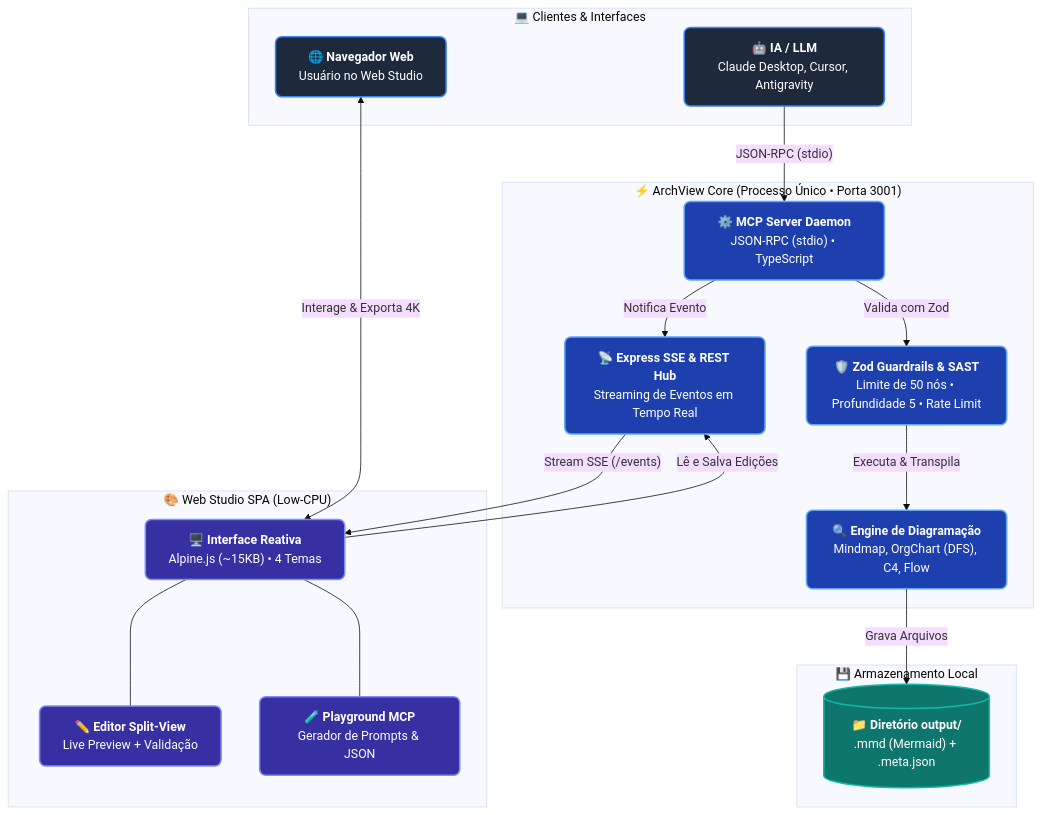
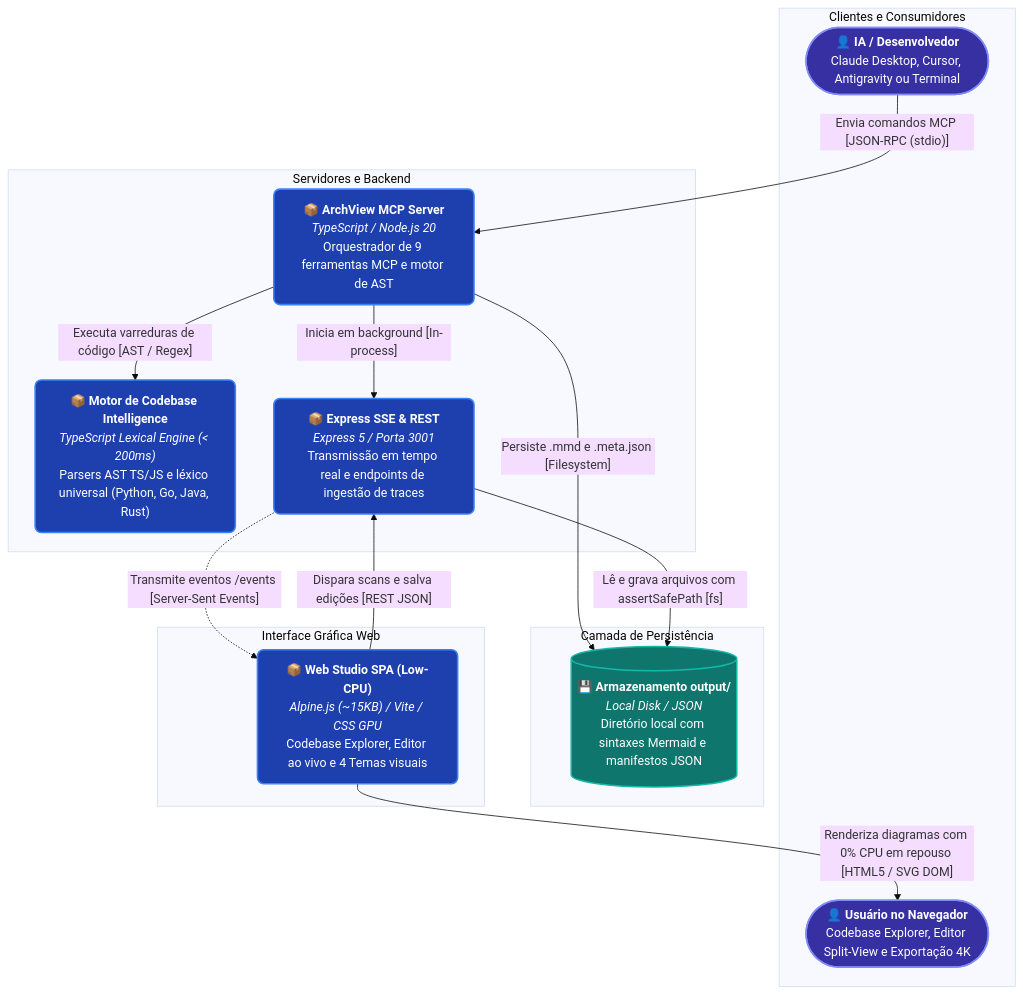
One commit to 70gurupia/archview changed the first of 4 diagrams in docs/ARCHITECTURE.md. Above: the diagram before and after it, drawn with Mermaid (base theme). The commit also changed other lines of this file and 13 other files, not shown here.

Commit message:
docs(production): regenerate self-docs with v3.0 codebase intelligence and sanitize DOM sinks

````diff
--- a/docs/ARCHITECTURE.md
+++ b/docs/ARCHITECTURE.md
@@ -11,45 +11,44 @@
 ```mermaid
 flowchart TD
-  subgraph Clients[" 💻 Clientes & Interfaces "]
-    ai["🤖 <b>IA / LLM</b><br/>Claude Desktop, Cursor, Antigravity"]
-    browser["🌐 <b>Navegador Web</b><br/>Usuário no Web Studio"]
+  subgraph sg_1[" Clientes e Consumidores "]
+    ai_client(["<b>👤 IA / Desenvolvedor</b><br/>Claude Desktop, Cursor, Antigravity ou Terminal"])
+    browser_user(["<b>👤 Usuário no Navegador</b><br/>Codebase Explorer, Editor Split-View e Exportação 4K"])
   end
 
-  subgraph Core[" ⚡ ArchView Core (Processo Único • Porta 3001) "]
-    mcp["⚙️ <b>MCP Server Daemon</b><br/>JSON-RPC (stdio) • TypeScript"]
-    sse["📡 <b>Express SSE & REST Hub</b><br/>Streaming de Eventos em Tempo Real"]
-    engine["🔍 <b>Engine de Diagramação</b><br/>Mindmap, OrgChart (DFS), C4, Flow"]
-    guard["🛡️ <b>Zod Guardrails & SAST</b><br/>Limite de 50 nós • Profundidade 5 • Rate Limit"]
+  subgraph sg_2[" Servidores e Backend "]
+    mcp_server["<b>📦 ArchView MCP Server</b><br/><i>TypeScript / Node.js 20</i><br/>Orquestrador de 9 ferramentas MCP e motor de AST"]
+    engine_v3["<b>📦 Motor de Codebase Intelligence</b><br/><i>TypeScript Lexical Engine (< 200ms)</i><br/>Parsers AST TS/JS e léxico universal (Python, Go, Java, Rust)"]
+    sse_server["<b>📦 Express SSE & REST</b><br/><i>Express 5 / Porta 3001</i><br/>Transmissão em tempo real e endpoints de ingestão de traces"]
   end
 
-  subgraph Storage[" 💾 Armazenamento Local "]
-    disk[("📁 <b>Diretório output/</b><br/>.mmd (Mermaid) + .meta.json")]
+  subgraph sg_3[" Camada de Persistência "]
+    storage[("<b>💾 Armazenamento output/</b><br/><i>Local Disk / JSON</i><br/>Diretório local com sintaxes Mermaid e manifestos JSON")]
   end
 
-  subgraph Studio[" 🎨 Web Studio SPA (Low-CPU) "]
-    spa["🖥️ <b>Interface Reativa</b><br/>Alpine.js (~15KB) • 4 Temas"]
-    editor["✏️ <b>Editor Split-View</b><br/>Live Preview + Validação"]
-    play["🧪 <b>Playground MCP</b><br/>Gerador de Prompts & JSON"]
+  subgraph sg_4[" Interface Gráfica Web "]
+    web_studio["<b>📦 Web Studio SPA (Low-CPU)</b><br/><i>Alpine.js (~15KB) / Vite / CSS GPU</i><br/>Codebase Explorer, Editor ao vivo e 4 Temas visuais"]
   end
 
-  ai -->|"JSON-RPC (stdio)"| mcp
-  mcp -->|"Valida com Zod"| guard
-  guard -->|"Executa & Transpila"| engine
-  engine -->|"Grava Arquivos"| disk
-  mcp -->|"Notifica Evento"| sse
-  sse -->|"Stream SSE (/events)"| spa
-  spa -->|"Lê e Salva Edições"| sse
-  browser <-->|"Interage & Exporta 4K"| spa
-  spa --- editor
-  spa --- play
+  ai_client -->|"Envia comandos MCP [JSON-RPC (stdio)]"| mcp_server
+  mcp_server -->|"Executa varreduras de código [AST / Regex]"| engine_v3
+  mcp_server -->|"Inicia em background [In-process]"| sse_server
+  mcp_server -->|"Persiste .mmd e .meta.json [Filesystem]"| storage
+  sse_server -->|"Lê e grava arquivos com assertSafePath [fs]"| storage
+  sse_server -.->|"Transmite eventos /events [Server-Sent Events]"| web_studio
+  web_studio -->|"Renderiza diagramas com 0% CPU em repouso [HTML5 / SVG DOM]"| browser_user
+  web_studio -->|"Dispara scans e salva edições [REST JSON]"| sse_server
 
-  classDef clientBox fill:#1E293B,stroke:#3B82F6,stroke-width:2px,color:#FFFFFF,rx:8px,ry:8px;
-  classDef coreBox fill:#1E40AF,stroke:#60A5FA,stroke-width:2px,color:#FFFFFF,rx:8px,ry:8px;
-  classDef storeBox fill:#0F766E,stroke:#14B8A6,stroke-width:2px,color:#FFFFFF,rx:8px,ry:8px;
-  classDef studioBox fill:#3730A3,stroke:#818CF8,stroke-width:2px,color:#FFFFFF,rx:8px,ry:8px;
-
-  class ai,browser clientBox;
-  class mcp,sse,engine,guard coreBox;
-  class disk storeBox;
-  class spa,editor,play studioBox;
+  classDef default fill:#F8FAFC,stroke:#64748B,stroke-width:1.5px,color:#1E293B,rx:8px,ry:8px;
+  classDef primary fill:#1E40AF,stroke:#3B82F6,stroke-width:2px,color:#FFFFFF,rx:8px,ry:8px;
+  classDef success fill:#0F766E,stroke:#14B8A6,stroke-width:2px,color:#FFFFFF,rx:8px,ry:8px;
+  classDef accent fill:#3730A3,stroke:#818CF8,stroke-width:2px,color:#FFFFFF,rx:8px,ry:8px;
+  classDef warning fill:#D97706,stroke:#F59E0B,stroke-width:2px,color:#FFFFFF,rx:8px,ry:8px;
+  classDef danger fill:#B91C1C,stroke:#EF4444,stroke-width:2px,color:#FFFFFF,rx:8px,ry:8px;
+  class ai_client accent;
+  class browser_user accent;
+  class mcp_server primary;
+  class engine_v3 primary;
+  class sse_server primary;
+  class storage success;
+  class web_studio primary;
 ```
````
